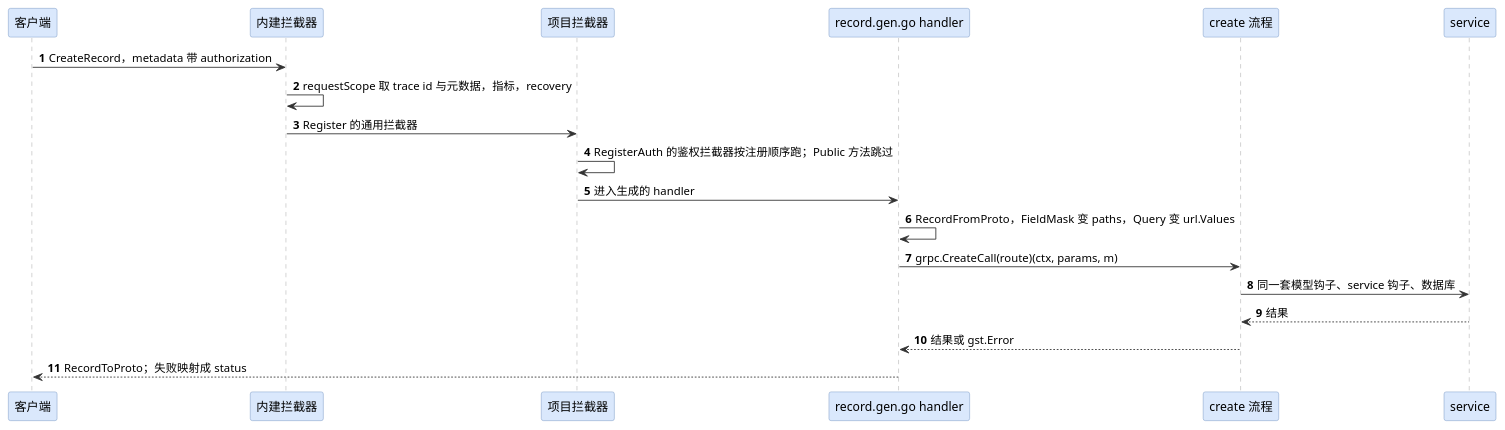
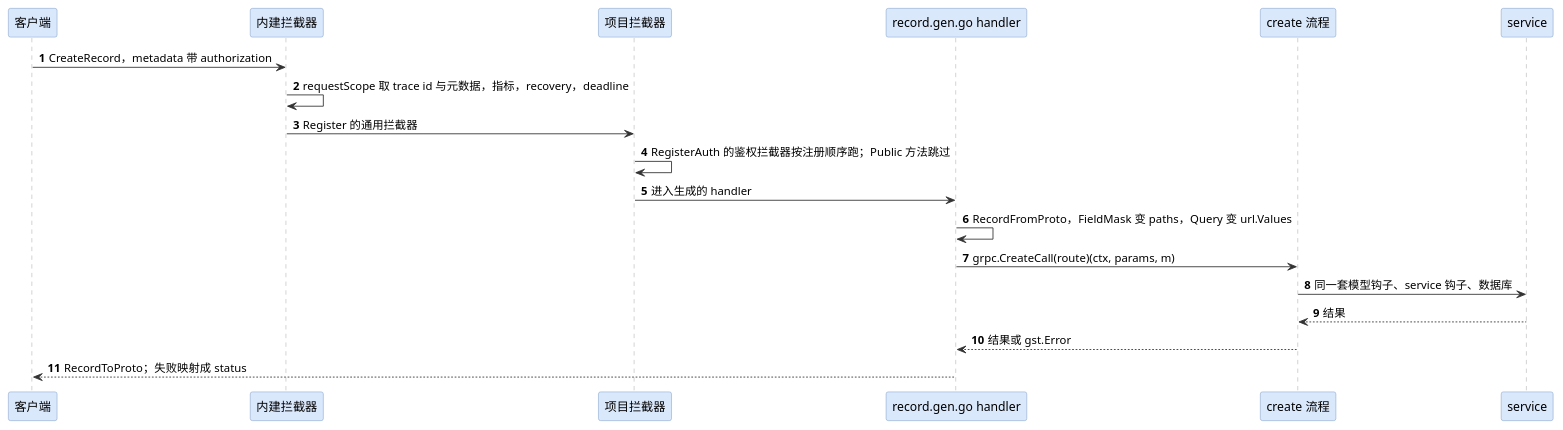
The second of 3 diagrams in TRANSPORTS.md (hydroan/gst), drawn with PlantUML before and after one commit. The commit also changed other lines of this file and 2 other files, not shown here.

First line of the commit message:
docs: describe the start's column check, the declared service, the duplicated-key fields, the request deadline, the route table and the kept indexes

````diff
--- a/TRANSPORTS.md
+++ b/TRANSPORTS.md
@@ -103,32 +103,32 @@
 ```plantuml
 @startuml
 autonumber
 skinparam participant {
   BackgroundColor #dae8fc
   BorderColor #6c8ebf
 }
 skinparam sequence {
   ArrowColor #333333
   LifeLineBorderColor #999999
 }
 
 participant "客户端" as client
 participant "内建拦截器" as builtin
 participant "项目拦截器" as project
 participant "record.gen.go handler" as handler
 participant "create 流程" as flow
 participant "service" as svc
 
 client -> builtin : CreateRecord，metadata 带 authorization
-builtin -> builtin : requestScope 取 trace id 与元数据，指标，recovery
+builtin -> builtin : requestScope 取 trace id 与元数据，指标，recovery，deadline
 builtin -> project : Register 的通用拦截器
 project -> project : RegisterAuth 的鉴权拦截器按注册顺序跑；Public 方法跳过
 project -> handler : 进入生成的 handler
 handler -> handler : RecordFromProto，FieldMask 变 paths，Query 变 url.Values
 handler -> flow : grpc.CreateCall(route)(ctx, params, m)
 flow -> svc : 同一套模型钩子、service 钩子、数据库
 svc --> flow : 结果
 flow --> handler : 结果或 gst.Error
 handler --> client : RecordToProto；失败映射成 status
 @enduml
 ```
````
